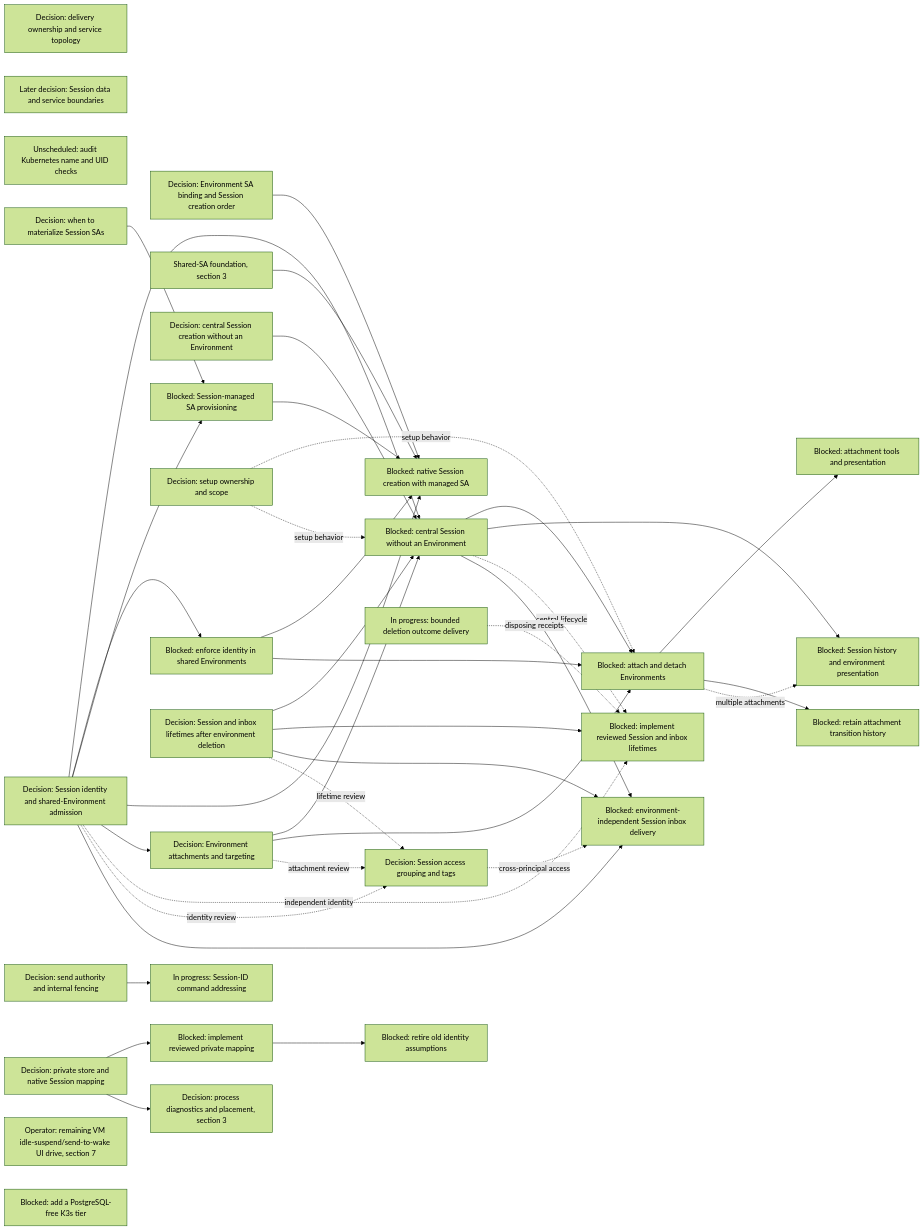
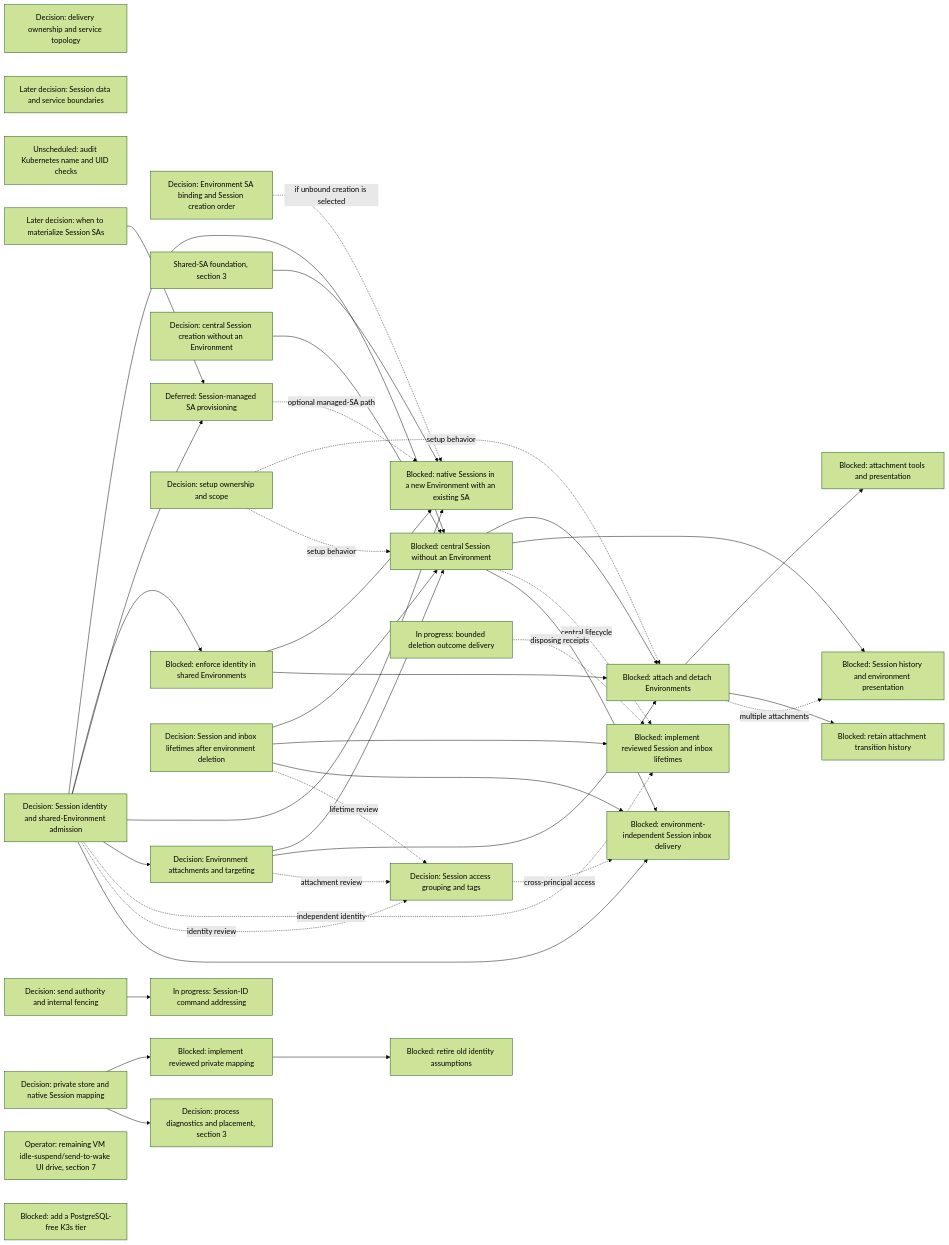
Diagram 14 of 17 in agentplane/plans/task_dag.md (agentydragon/ducktape), drawn with Mermaid (forest theme) before and after one commit. The commit also changed other lines of this file and 1 other file, not shown here.

Commit message:
Defer Session-managed accounts and clarify permission grants

````diff
--- a/agentplane/plans/task_dag.md
+++ b/agentplane/plans/task_dag.md
@@ -2129,71 +2138,71 @@
 ```mermaid
 flowchart LR
     DISPATCHER_PERSISTENCE_MODEL_DESIGN[Decision: delivery ownership and service topology]
     SESSION_DATA_OWNERSHIP_DESIGN[Later decision: Session data and service boundaries]
     KUBERNETES_UID_CHECK_AUDIT[Unscheduled: audit Kubernetes name and UID checks]
     SESSION_IDENTITY_CONTRACT[Decision: Session identity and shared-Environment admission]
     ENVIRONMENT_IDENTITY_BINDING_DESIGN[Decision: Environment SA binding and Session creation order]
-    SESSION_SA_PROVISIONING_DESIGN[Decision: when to materialize Session SAs]
-    SESSION_MANAGED_IDENTITY[Blocked: Session-managed SA provisioning]
-    SESSION_NATIVE_IDENTITY_WORKFLOW[Blocked: native Session creation with managed SA]
+    SESSION_SA_PROVISIONING_DESIGN[Later decision: when to materialize Session SAs]
+    SESSION_MANAGED_IDENTITY[Deferred: Session-managed SA provisioning]
+    SESSION_NATIVE_IDENTITY_WORKFLOW[Blocked: native Sessions in a new Environment with an existing SA]
     ENVIRONMENT_SHARED_ACCOUNT[Shared-SA foundation, section 3]
     SESSION_ACCESS_GROUPING_DESIGN[Decision: Session access grouping and tags]
     CENTRAL_SESSION_CREATION_CONTRACT[Decision: central Session creation without an Environment]
     SESSION_ATTACHMENT_CONTRACT[Decision: Environment attachments and targeting]
     SESSION_ENVIRONMENT_SETUP_DESIGN[Decision: setup ownership and scope]
     SESSION_IDENTITY_ENFORCEMENT[Blocked: enforce identity in shared Environments]
     CENTRAL_SESSION_WITHOUT_ENVIRONMENT[Blocked: central Session without an Environment]
     SESSION_ENV_ATTACHMENTS[Blocked: attach and detach Environments]
     SESSION_ATTACHMENT_SURFACES[Blocked: attachment tools and presentation]
     SESSION_ATTACHMENT_HISTORY[Blocked: retain attachment transition history]
     SESSION_LIFETIME_IMPLEMENTATION[Blocked: implement reviewed Session and inbox lifetimes]
     CENTRAL_SESSION_NOTIFICATIONS[Blocked: environment-independent Session inbox delivery]
     DELIVERY_DESTINATION_AUTHORITY_DESIGN[Decision: send authority and internal fencing]
     SESSION_DELETION_FENCE[In progress: bounded deletion outcome delivery]
     SESSION_AND_INBOX_LIFETIME[Decision: Session and inbox lifetimes after environment deletion]
     DELIVERY_DESTINATION_CONTRACT[In progress: Session-ID command addressing]
     SESSION_HISTORY_PRESENTATION[Blocked: Session history and environment presentation]
     SESSION_IDENTITY_CONTRACT --> CENTRAL_SESSION_WITHOUT_ENVIRONMENT
     CENTRAL_SESSION_CREATION_CONTRACT --> CENTRAL_SESSION_WITHOUT_ENVIRONMENT
     SESSION_ATTACHMENT_CONTRACT --> CENTRAL_SESSION_WITHOUT_ENVIRONMENT
     SESSION_AND_INBOX_LIFETIME --> CENTRAL_SESSION_WITHOUT_ENVIRONMENT
     SESSION_IDENTITY_CONTRACT --> SESSION_IDENTITY_ENFORCEMENT
     SESSION_IDENTITY_CONTRACT --> SESSION_MANAGED_IDENTITY
     SESSION_SA_PROVISIONING_DESIGN --> SESSION_MANAGED_IDENTITY
     SESSION_IDENTITY_CONTRACT --> SESSION_NATIVE_IDENTITY_WORKFLOW
-    ENVIRONMENT_IDENTITY_BINDING_DESIGN --> SESSION_NATIVE_IDENTITY_WORKFLOW
-    SESSION_MANAGED_IDENTITY --> SESSION_NATIVE_IDENTITY_WORKFLOW
+    ENVIRONMENT_IDENTITY_BINDING_DESIGN -. if unbound creation is selected .-> SESSION_NATIVE_IDENTITY_WORKFLOW
+    SESSION_MANAGED_IDENTITY -. optional managed-SA path .-> SESSION_NATIVE_IDENTITY_WORKFLOW
     ENVIRONMENT_SHARED_ACCOUNT --> SESSION_NATIVE_IDENTITY_WORKFLOW
     SESSION_IDENTITY_ENFORCEMENT --> SESSION_NATIVE_IDENTITY_WORKFLOW
     SESSION_IDENTITY_CONTRACT --> SESSION_ATTACHMENT_CONTRACT
     SESSION_ATTACHMENT_CONTRACT --> SESSION_ENV_ATTACHMENTS
     SESSION_ENVIRONMENT_SETUP_DESIGN -. setup behavior .-> SESSION_ENV_ATTACHMENTS
     SESSION_ENVIRONMENT_SETUP_DESIGN -. setup behavior .-> CENTRAL_SESSION_WITHOUT_ENVIRONMENT
     SESSION_IDENTITY_ENFORCEMENT --> SESSION_ENV_ATTACHMENTS
     CENTRAL_SESSION_WITHOUT_ENVIRONMENT --> SESSION_ENV_ATTACHMENTS
     SESSION_ENV_ATTACHMENTS --> SESSION_ATTACHMENT_SURFACES
     SESSION_ENV_ATTACHMENTS --> SESSION_ATTACHMENT_HISTORY
     CENTRAL_SESSION_WITHOUT_ENVIRONMENT --> SESSION_HISTORY_PRESENTATION
     SESSION_ENV_ATTACHMENTS -. multiple attachments .-> SESSION_HISTORY_PRESENTATION
     SESSION_AND_INBOX_LIFETIME --> SESSION_LIFETIME_IMPLEMENTATION
     SESSION_IDENTITY_CONTRACT -. independent identity .-> SESSION_LIFETIME_IMPLEMENTATION
     CENTRAL_SESSION_WITHOUT_ENVIRONMENT -. central lifecycle .-> SESSION_LIFETIME_IMPLEMENTATION
     SESSION_DELETION_FENCE -. disposing receipts .-> SESSION_LIFETIME_IMPLEMENTATION
     SESSION_AND_INBOX_LIFETIME --> CENTRAL_SESSION_NOTIFICATIONS
     SESSION_IDENTITY_CONTRACT -. identity review .-> SESSION_ACCESS_GROUPING_DESIGN
     SESSION_ATTACHMENT_CONTRACT -. attachment review .-> SESSION_ACCESS_GROUPING_DESIGN
     SESSION_AND_INBOX_LIFETIME -. lifetime review .-> SESSION_ACCESS_GROUPING_DESIGN
     SESSION_ACCESS_GROUPING_DESIGN -. cross-principal access .-> CENTRAL_SESSION_NOTIFICATIONS
     SESSION_IDENTITY_CONTRACT --> CENTRAL_SESSION_NOTIFICATIONS
     CENTRAL_SESSION_WITHOUT_ENVIRONMENT --> CENTRAL_SESSION_NOTIFICATIONS
     HARNESS_IDENTITY_DESIGN[Decision: private store and native Session mapping]
     RUNNER_STORE_SESSION_IDENTITY[Blocked: implement reviewed private mapping]
     RUNNER_IDENTITY_LEGACY_CLEANUP[Blocked: retire old identity assumptions]
     IDLE_SUSPEND_UI_DRIVE[Operator: remaining VM idle-suspend/send-to-wake UI drive, section 7]
     RUNNER_HARNESS_OBJECTS_DESIGN[Decision: process diagnostics and placement, section 3]
     CNPG_FREE_K3S_INTEGRATION_TIER[Blocked: add a PostgreSQL-free K3s tier]
     DELIVERY_DESTINATION_AUTHORITY_DESIGN --> DELIVERY_DESTINATION_CONTRACT
     RUNNER_STORE_SESSION_IDENTITY --> RUNNER_IDENTITY_LEGACY_CLEANUP
     HARNESS_IDENTITY_DESIGN --> RUNNER_STORE_SESSION_IDENTITY
     HARNESS_IDENTITY_DESIGN --> RUNNER_HARNESS_OBJECTS_DESIGN
 ```
````
